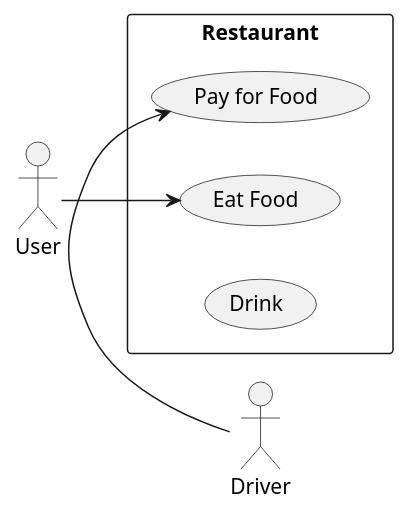
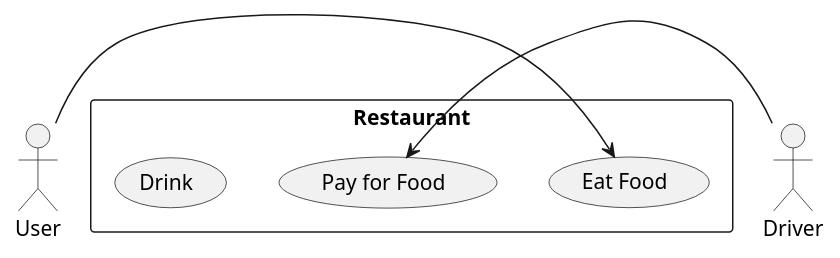
Before and after one commit to mariopandapotansimarmata/jogja_kita_gamification: the diagram in uml_diagram/use_case_diagram.plantuml, drawn with PlantUML. The commit also changed 8 other files, not shown here.

Commit message:
add few uml diagram, fix some bugs

```diff
--- a/uml_diagram/use_case_diagram.plantuml
+++ b/uml_diagram/use_case_diagram.plantuml
@@ -1,14 +1,14 @@
 @startuml Use Case Diagram
-left to right direction
+' left to right direction
 actor "User" as User_Actor
 actor "Driver" as Driver_Actor
 rectangle Restaurant {
   usecase "Eat Food" as UC1
   usecase "Pay for Food" as UC2
   usecase "Drink" as UC3
 }
-User_Actor --> UC1
+User_Actor -right-> UC1
 
 ' Place Driver actor to the right of the rectangle
-Driver_Actor -right-> UC2
+Driver_Actor -left-> UC2
 @enduml
```
